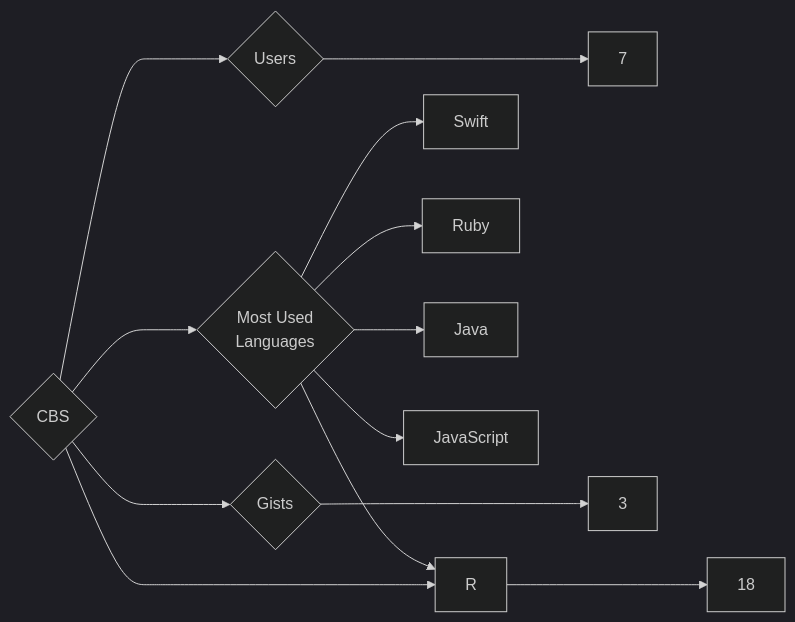
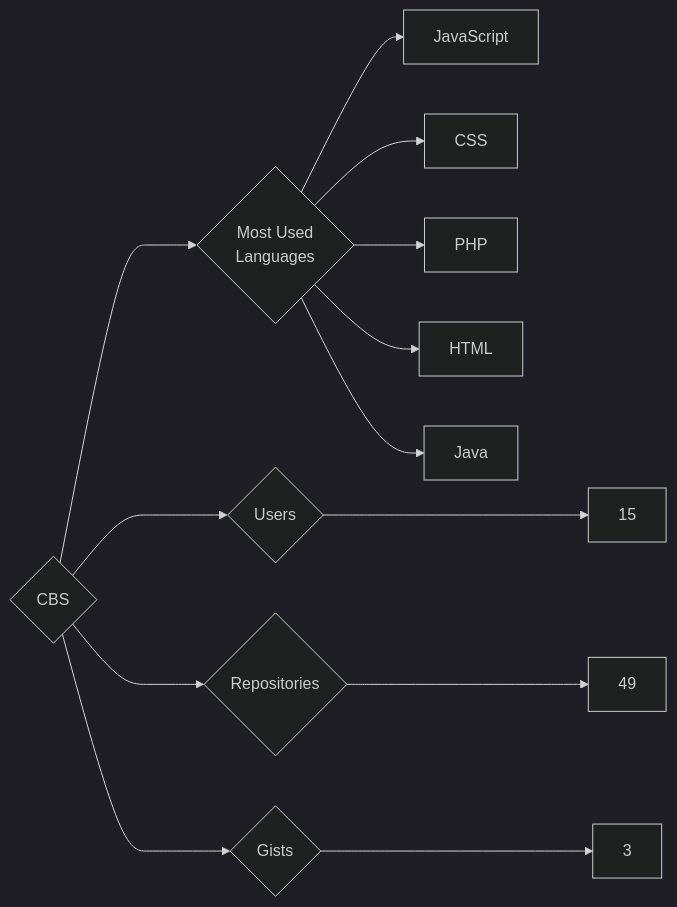
One commit to trickest/insiders changed the diagram in targets/CBS/README.md. Above: the diagram before and after it, drawn with Mermaid (dark theme). The commit also changed 934 other files, not shown here.

````diff
--- a/targets/CBS/README.md
+++ b/targets/CBS/README.md
@@ -3,13 +3,13 @@
 ```mermaid
 graph LR
 COMPANY_NAME{CBS}
-COMPANY_NAME ---> U{Users} ---> UN[7]
-COMPANY_NAME ---> R{Repositories} ---> RN[18]
+COMPANY_NAME ---> U{Users} ---> UN[15]
+COMPANY_NAME ---> R{Repositories} ---> RN[49]
 COMPANY_NAME ---> G{Gists} ---> GN[3]
 COMPANY_NAME ---> ML{Most Used<br>Languages}
-ML --> Swift[Swift]
-ML --> Ruby[Ruby]
-ML --> R[R]
+ML --> JavaScript[JavaScript]
+ML --> CSS[CSS]
+ML --> PHP[PHP]
+ML --> HTML[HTML]
 ML --> Java[Java]
-ML --> JavaScript[JavaScript]
 ```
````
